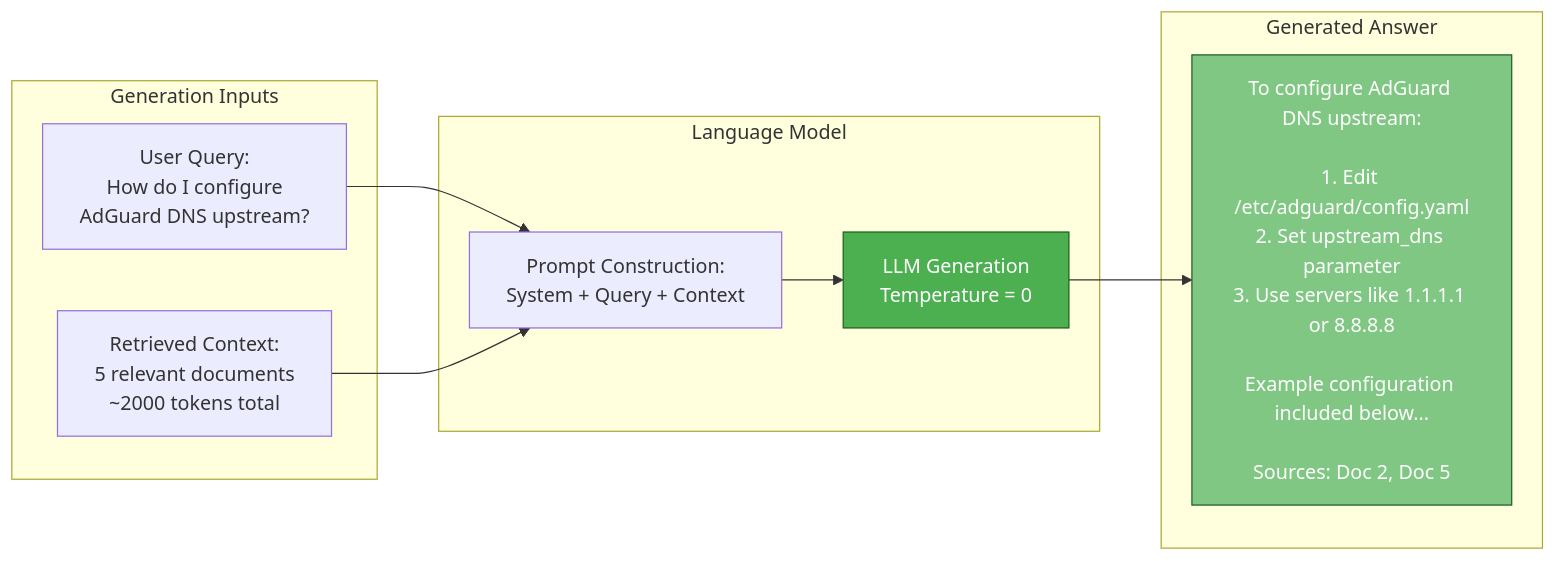
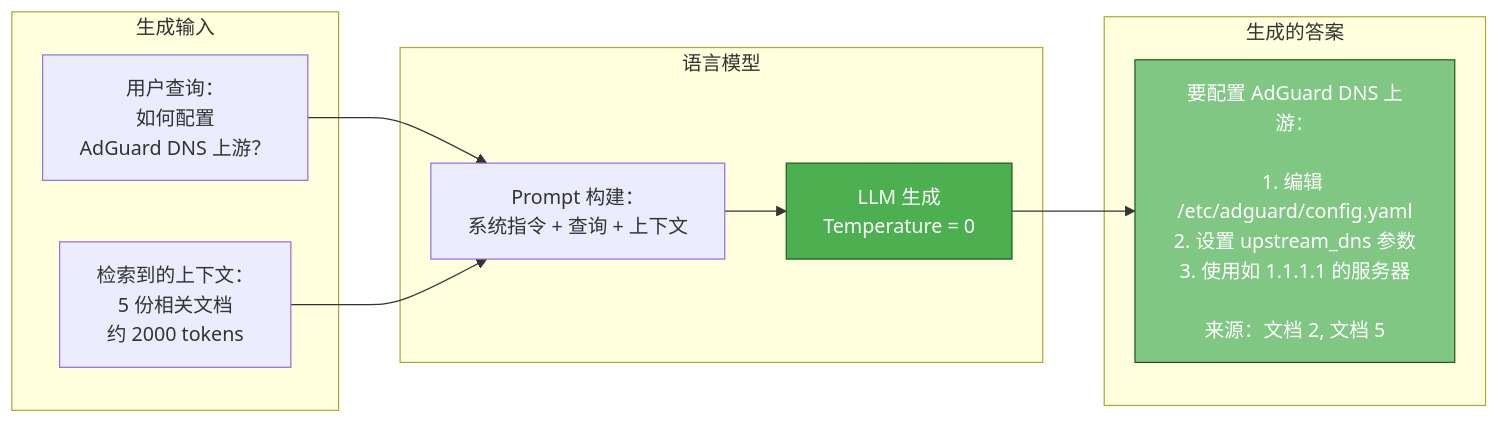
Before and after one commit to YiWang24/AiDIY: the first of 4 diagrams in i18n/zh-Hans/docusaurus-plugin-content-docs/current/ai/rag/05-generation.mdx, drawn with Mermaid. The commit also changed other lines of this file and 59 other files, not shown here.

````diff
--- a/i18n/zh-Hans/docusaurus-plugin-content-docs/current/ai/rag/05-generation.mdx
+++ b/i18n/zh-Hans/docusaurus-plugin-content-docs/current/ai/rag/05-generation.mdx
@@ -23,24 +23,24 @@
 ```mermaid
 flowchart LR
-    subgraph Inputs["Generation Inputs"]
-        Q["User Query:<br/>How do I configure<br/>AdGuard DNS upstream?"]
-        C["Retrieved Context:<br/>5 relevant documents<br/>~2000 tokens total"]
+    subgraph Inputs["生成输入"]
+        Q["用户查询：<br/>如何配置<br/>AdGuard DNS 上游？"]
+        C["检索到的上下文：<br/>5 份相关文档<br/>约 2000 tokens"]
     end
 
-    subgraph LLM["Language Model"]
-        P["Prompt Construction:<br/>System + Query + Context"]
-        G["LLM Generation<br/>Temperature = 0"]
+    subgraph LLM["语言模型"]
+        P["Prompt 构建：<br/>系统指令 + 查询 + 上下文"]
+        G["LLM 生成<br/>Temperature = 0"]
     end
 
-    subgraph Output["Generated Answer"]
-        A["To configure AdGuard DNS upstream:<br/><br/>1. Edit /etc/adguard/config.yaml<br/>2. Set upstream_dns parameter<br/>3. Use servers like 1.1.1.1 or 8.8.8.8<br/><br/>Example configuration included below...<br/><br/>Sources: Doc 2, Doc 5"]
+    subgraph Output["生成的答案"]
+        A["要配置 AdGuard DNS 上游：<br/><br/>1. 编辑 /etc/adguard/config.yaml<br/>2. 设置 upstream_dns 参数<br/>3. 使用如 1.1.1.1 的服务器<br/><br/>来源：文档 2, 文档 5"]
     end
 
     Q --> P
     C --> P
     P --> G
     G --> A
 
     style G fill:#4caf50,stroke:#1b5e20,color:#fff
     style A fill:#81c784,stroke:#1b5e20,color:#fff
 ```
````
